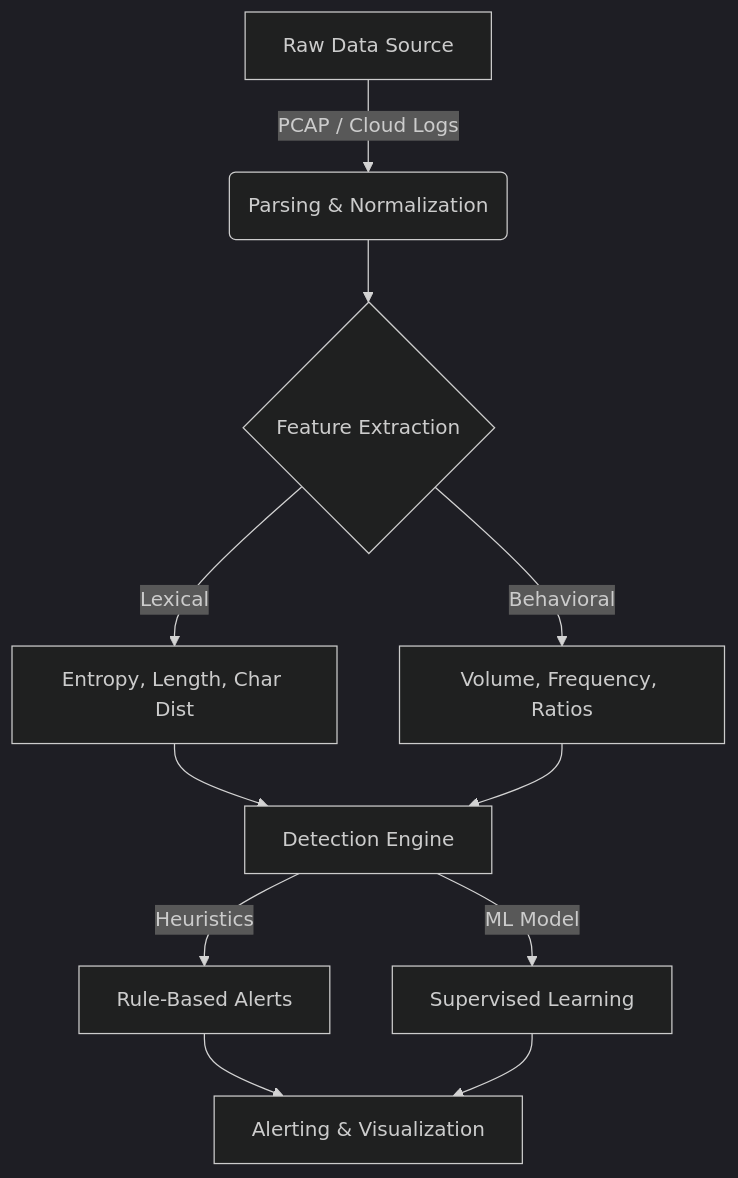
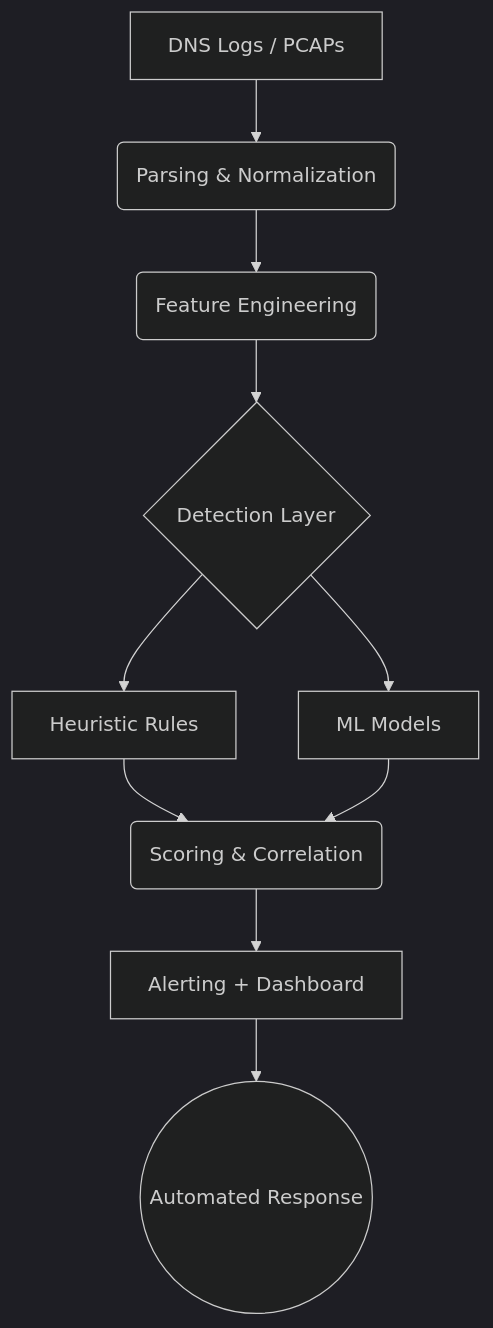
The diagram in guide.md (joshwu108/DNS-Tunneling-Detection), drawn with Mermaid (dark theme) before and after one commit. The commit also changed other lines of this file and 94 other files, not shown here.

````diff
--- a/guide.md
+++ b/guide.md
@@ -10,11 +15,11 @@
 ```mermaid
 graph TD
-    A[Raw Data Source] -->|PCAP / Cloud Logs| B(Parsing & Normalization)
-    B --> C{Feature Extraction}
-    C -->|Lexical| D[Entropy, Length, Char Dist]
-    C -->|Behavioral| E[Volume, Frequency, Ratios]
-    D & E --> F[Detection Engine]
-    F -->|Heuristics| G[Rule-Based Alerts]
-    F -->|ML Model| H[Supervised Learning]
-    G & H --> I[Alerting & Visualization]
+    A[DNS Logs / PCAPs] --> B(Parsing & Normalization)
+    B --> C(Feature Engineering)
+    C --> D{Detection Layer}
+    D --> E[Heuristic Rules]
+    D --> F[ML Models]
+    E & F --> G(Scoring & Correlation)
+    G --> H[Alerting + Dashboard]
+    H --> I((Automated Response))
 ```
````
